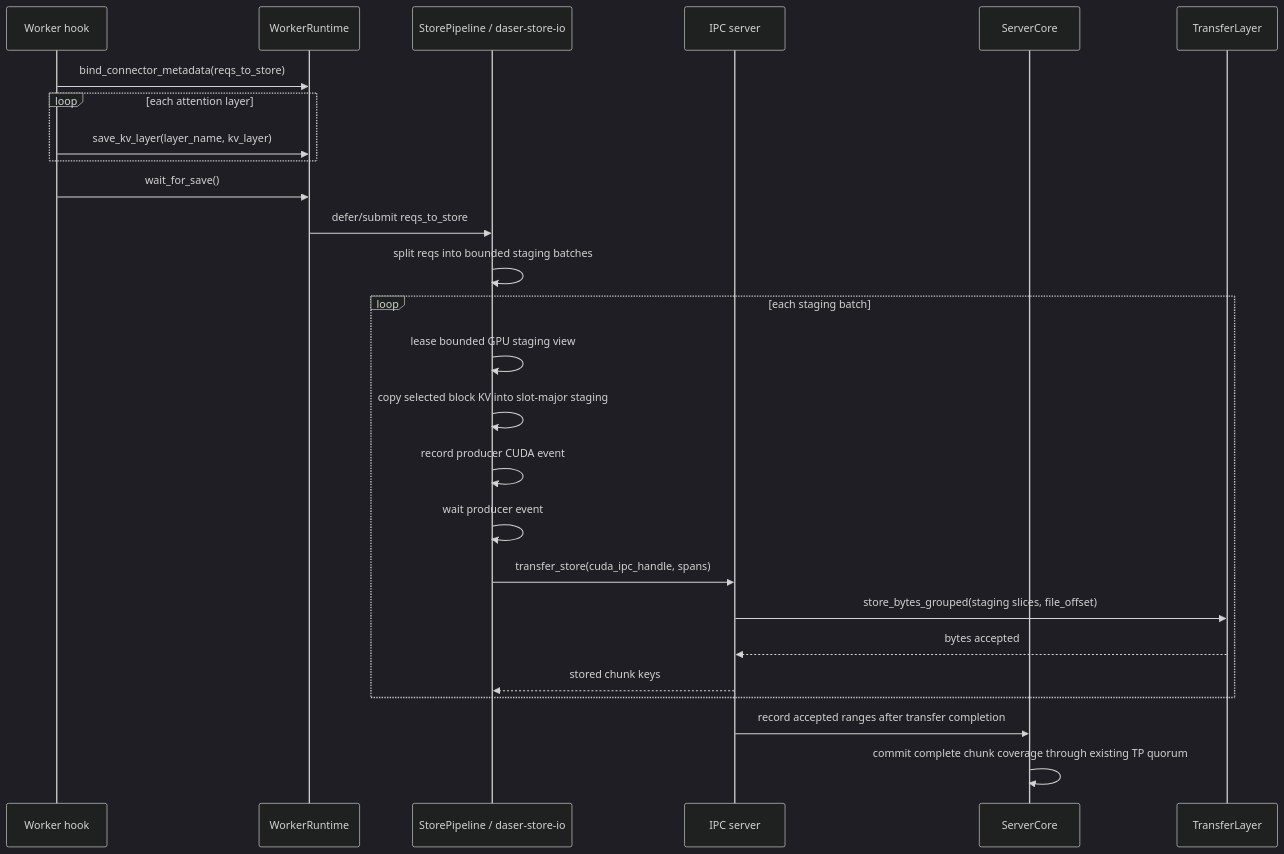
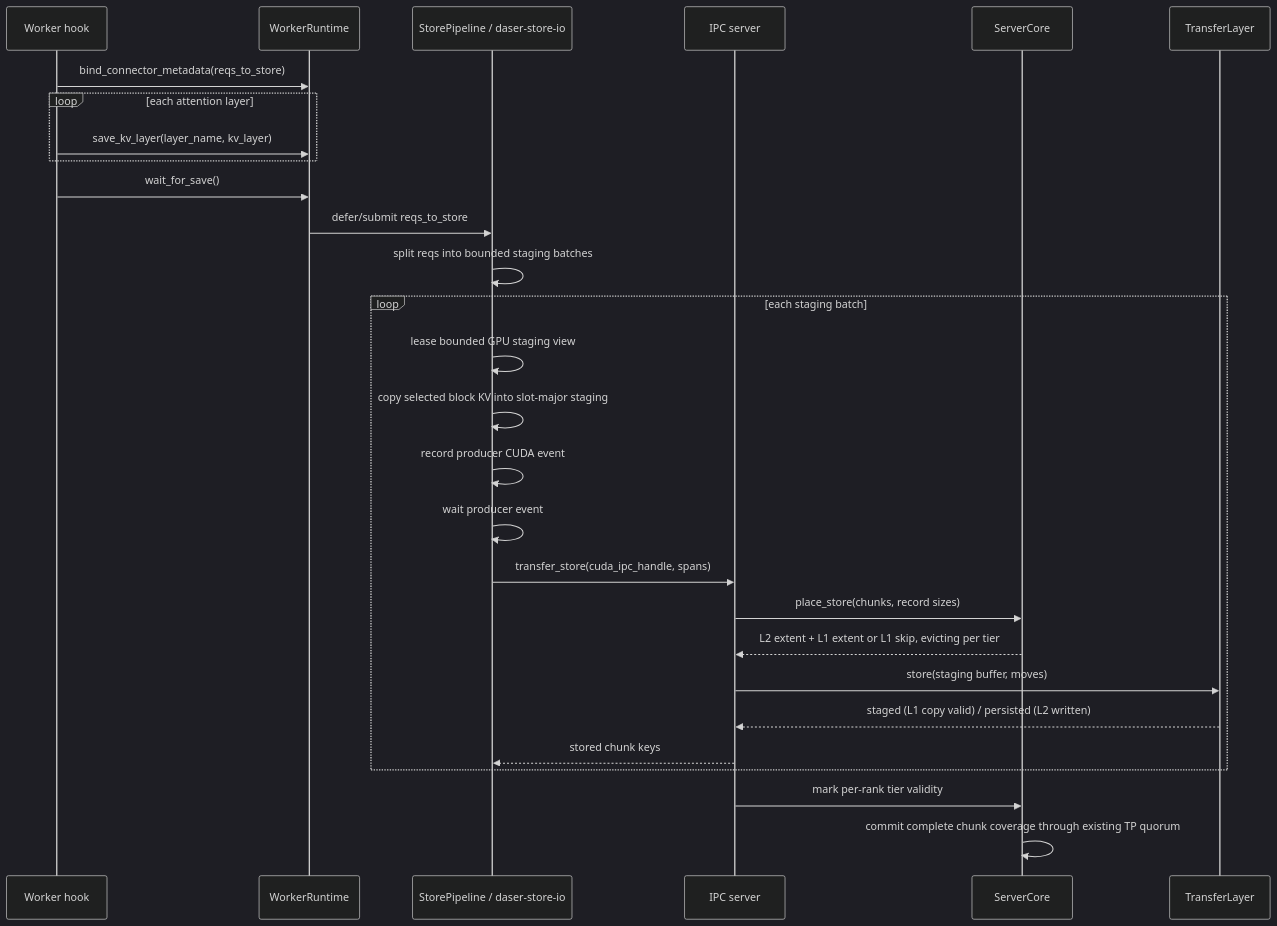
One commit to 7774596/DaseR changed the fourth of 8 diagrams in docs/design/flows.md. Above: the diagram before and after it, drawn with Mermaid (dark theme). The commit also changed other lines of this file and 92 other files, not shown here.

````diff
--- a/docs/design/flows.md
+++ b/docs/design/flows.md
@@ -109,29 +109,31 @@
 ```mermaid
 sequenceDiagram
     participant W as Worker hook
     participant WR as WorkerRuntime
     participant BG as StorePipeline / daser-store-io
     participant IPC as IPC server
     participant C as ServerCore
     participant TL as TransferLayer
 
     W->>WR: bind_connector_metadata(reqs_to_store)
     loop each attention layer
         W->>WR: save_kv_layer(layer_name, kv_layer)
     end
     W->>WR: wait_for_save()
     WR->>BG: defer/submit reqs_to_store
     BG->>BG: split reqs into bounded staging batches
     loop each staging batch
         BG->>BG: lease bounded GPU staging view
         BG->>BG: copy selected block KV into slot-major staging
         BG->>BG: record producer CUDA event
         BG->>BG: wait producer event
         BG->>IPC: transfer_store(cuda_ipc_handle, spans)
-        IPC->>TL: store_bytes_grouped(staging slices, file_offset)
-        TL-->>IPC: bytes accepted
+        IPC->>C: place_store(chunks, record sizes)
+        C-->>IPC: L2 extent + L1 extent or L1 skip, evicting per tier
+        IPC->>TL: store(staging buffer, moves)
+        TL-->>IPC: staged (L1 copy valid) / persisted (L2 written)
         IPC-->>BG: stored chunk keys
     end
-    IPC->>C: record accepted ranges after transfer completion
+    IPC->>C: mark per-rank tier validity
     C->>C: commit complete chunk coverage through existing TP quorum
 ```
````
